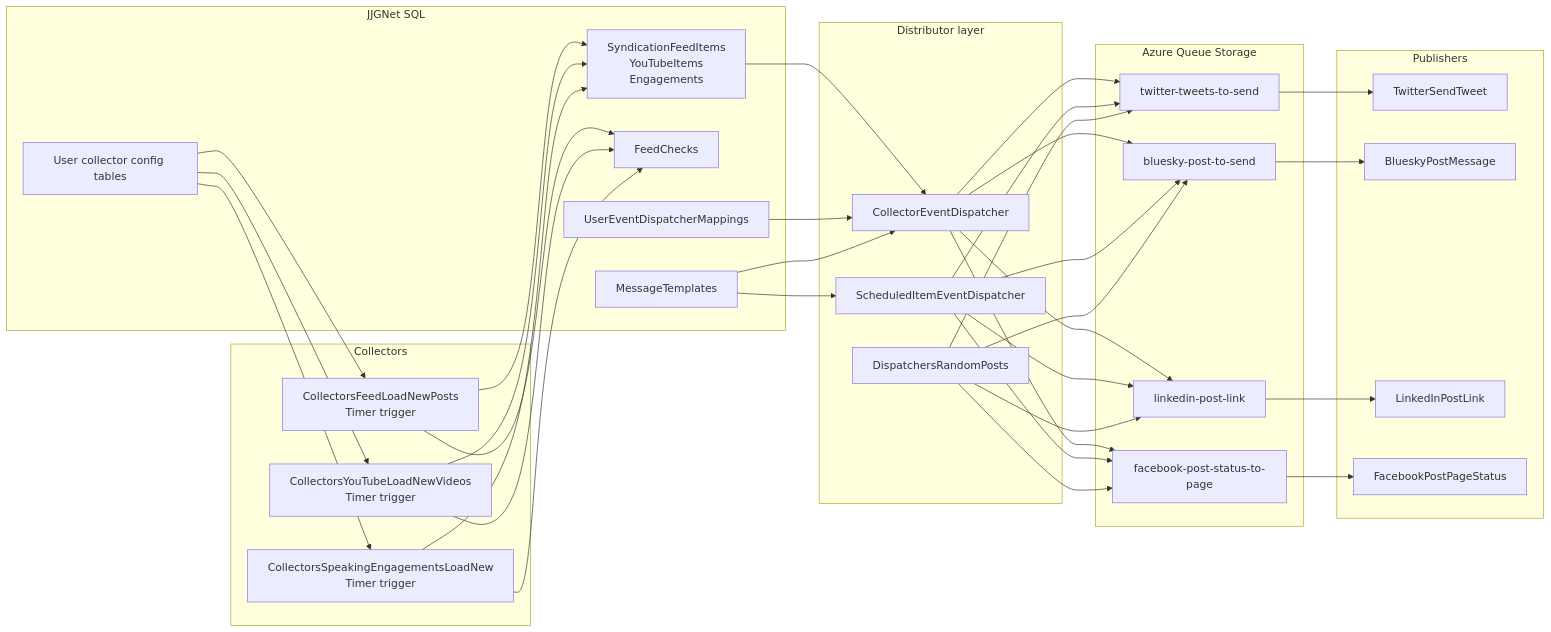
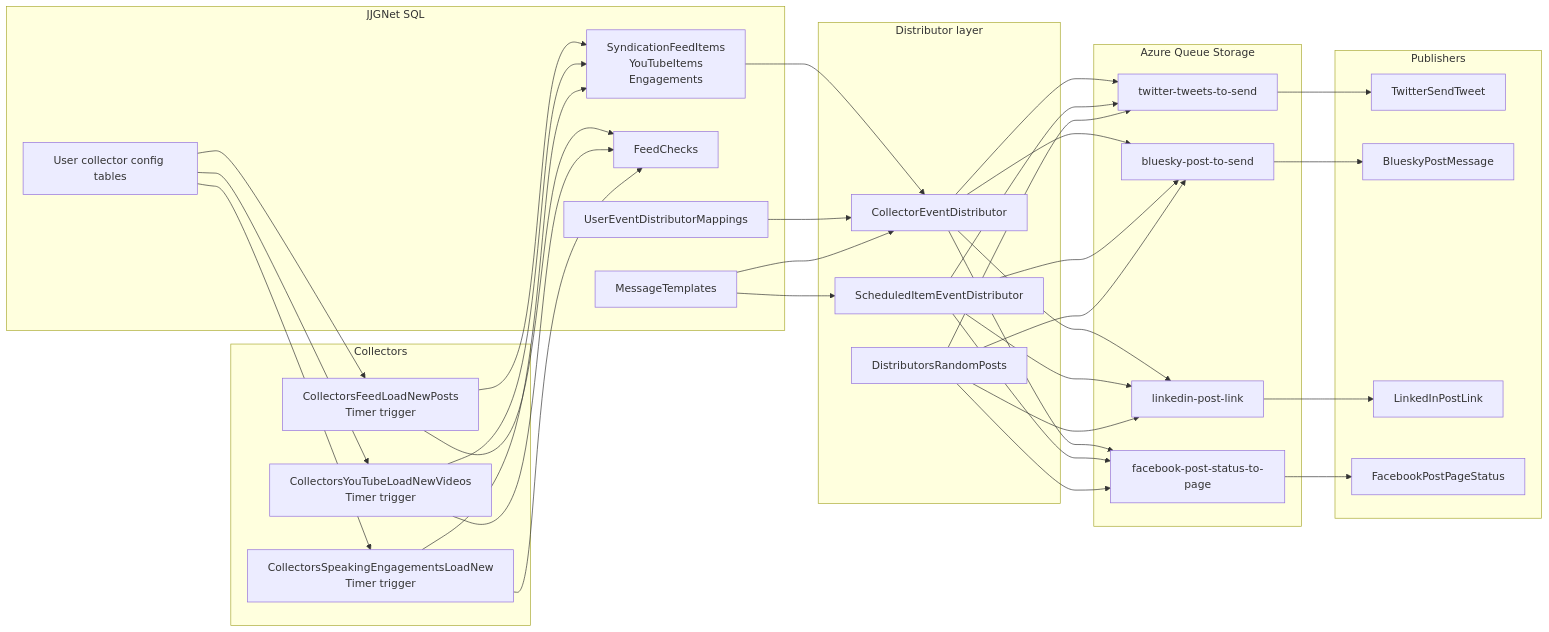
One commit to jguadagno/jjgnet-broadcast changed the first of 4 diagrams in docs/process-flows/collector-distributor-publisher.md. Above: the diagram before and after it, drawn with Mermaid. The commit also changed other lines of this file and 61 other files, not shown here.

````diff
--- a/docs/process-flows/collector-distributor-publisher.md
+++ b/docs/process-flows/collector-distributor-publisher.md
@@ -21,66 +21,66 @@
 ```mermaid
 flowchart LR
     subgraph Collectors
         C1[CollectorsFeedLoadNewPosts\nTimer trigger]
         C2[CollectorsYouTubeLoadNewVideos\nTimer trigger]
         C3[CollectorsSpeakingEngagementsLoadNew\nTimer trigger]
     end
 
     subgraph SQL[JJGNet SQL]
         CFG[User collector config tables]
         CONTENT[SyndicationFeedItems\nYouTubeItems\nEngagements]
         CHECKS[FeedChecks]
-        MAP[UserEventDispatcherMappings]
+        MAP[UserEventDistributorMappings]
         TPL[MessageTemplates]
     end
 
     subgraph Distributor[Distributor layer]
-        D1[CollectorEventDispatcher]
-        D2[ScheduledItemEventDispatcher]
-        D3[DispatchersRandomPosts]
+        D1[CollectorEventDistributor]
+        D2[ScheduledItemEventDistributor]
+        D3[DistributorsRandomPosts]
     end
 
     subgraph Queues[Azure Queue Storage]
         Q1[twitter-tweets-to-send]
         Q2[bluesky-post-to-send]
         Q3[linkedin-post-link]
         Q4[facebook-post-status-to-page]
     end
 
     subgraph Publishers
         P1[TwitterSendTweet]
         P2[BlueskyPostMessage]
         P3[LinkedInPostLink]
         P4[FacebookPostPageStatus]
     end
 
     C1 --> CONTENT
     C2 --> CONTENT
     C3 --> CONTENT
     C1 --> CHECKS
     C2 --> CHECKS
     C3 --> CHECKS
     CONTENT --> D1
     CFG --> C1
     CFG --> C2
     CFG --> C3
     MAP --> D1
     TPL --> D1
     TPL --> D2
     D1 --> Q1
     D1 --> Q2
     D1 --> Q3
     D1 --> Q4
     D2 --> Q1
     D2 --> Q2
     D2 --> Q3
     D2 --> Q4
     D3 --> Q1
     D3 --> Q2
     D3 --> Q3
     D3 --> Q4
     Q1 --> P1
     Q2 --> P2
     Q3 --> P3
     Q4 --> P4
 ```
````
